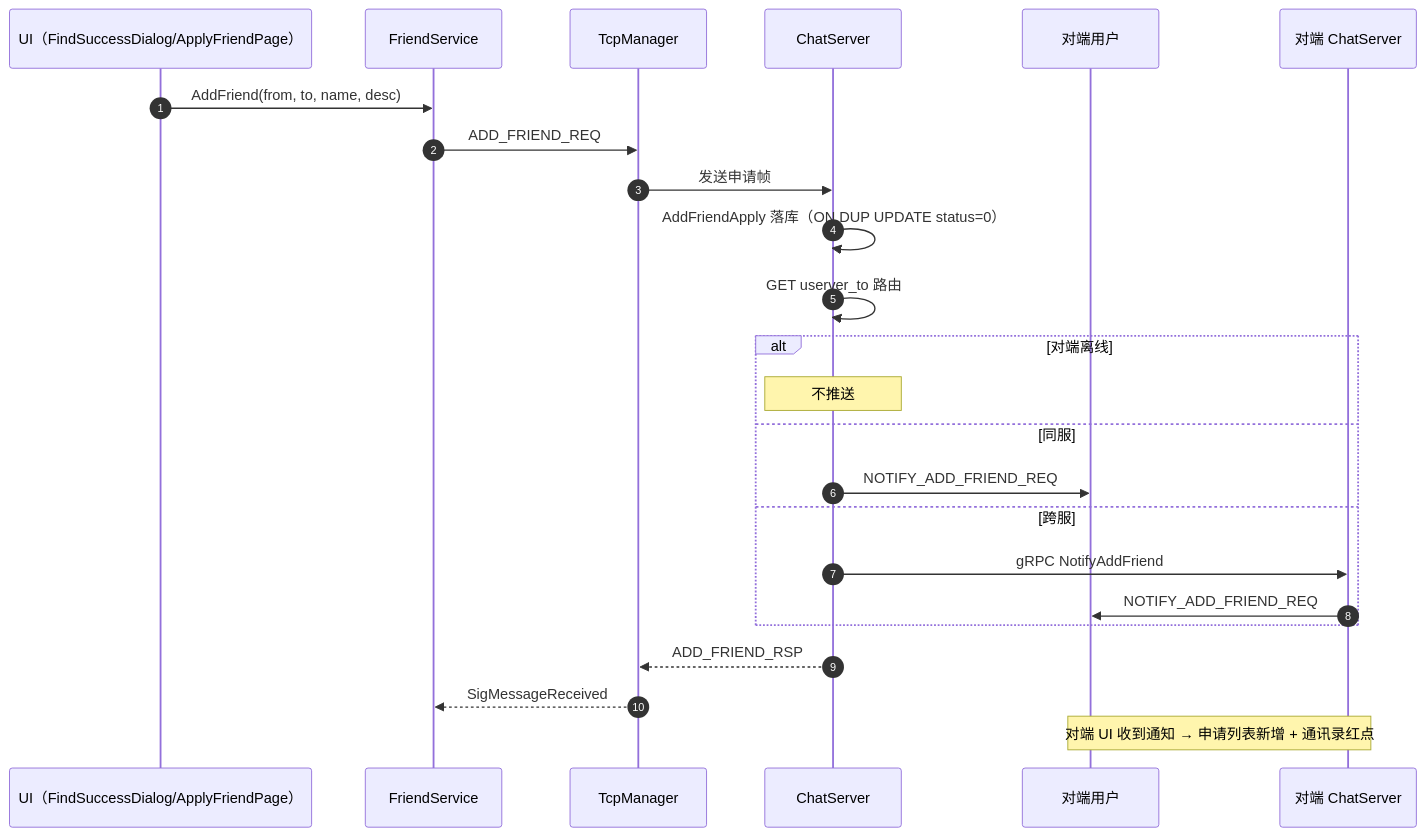
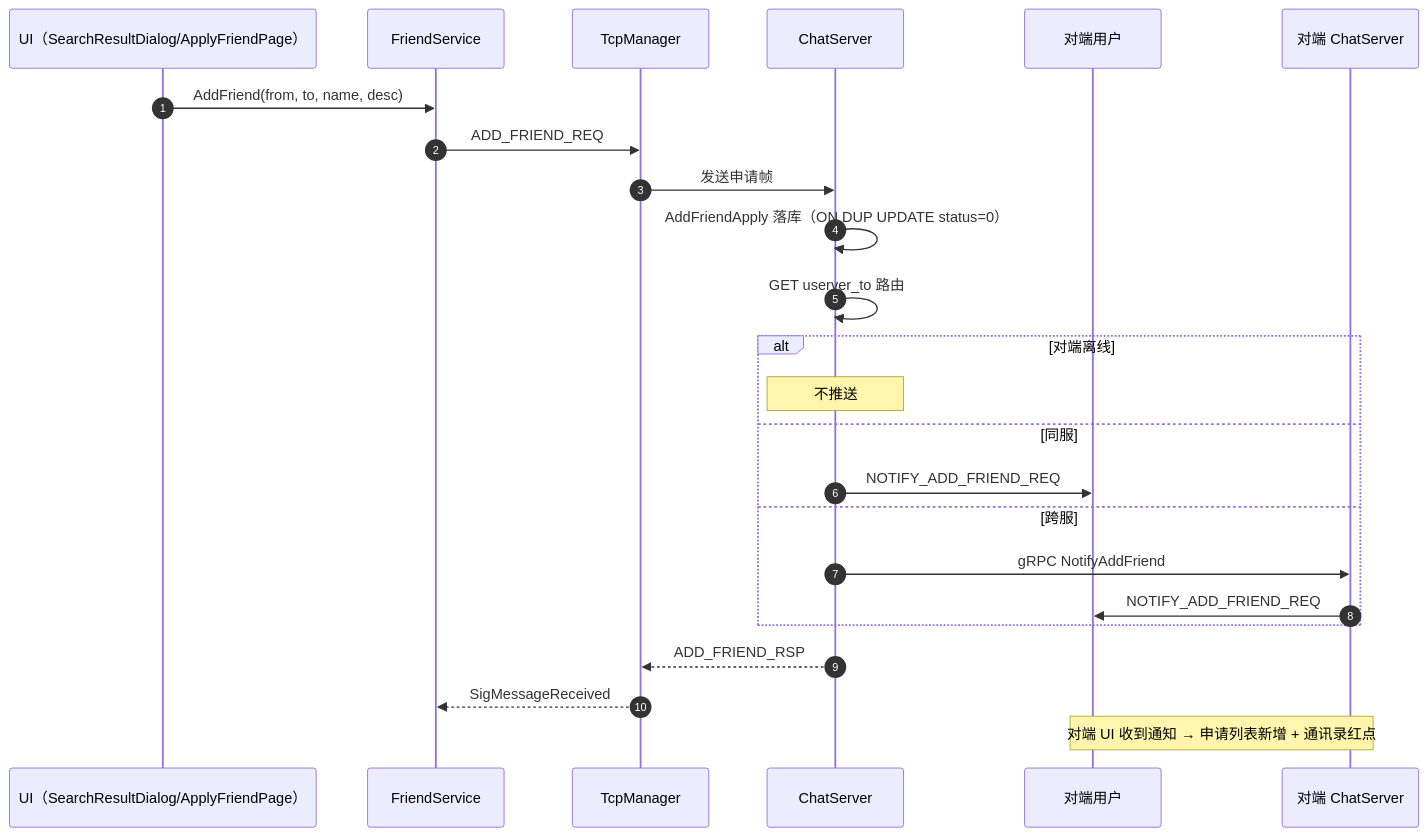
One commit to codeT2001/MyChat changed the sixth of 10 diagrams in Client/README.md. Above: the diagram before and after it, drawn with Mermaid. The commit also changed other lines of this file and 132 other files, not shown here.

````diff
--- a/Client/README.md
+++ b/Client/README.md
@@ -237,27 +237,27 @@
 ```mermaid
 sequenceDiagram
     autonumber
-    participant U as UI（FindSuccessDialog/ApplyFriendPage）
+    participant U as UI（SearchResultDialog/ApplyFriendPage）
     participant F as FriendService
     participant T as TcpManager
     participant C as ChatServer
     participant P as 对端用户
     participant PC as 对端 ChatServer
 
     U->>F: AddFriend(from, to, name, desc)
     F->>T: ADD_FRIEND_REQ
     T->>C: 发送申请帧
     C->>C: AddFriendApply 落库（ON DUP UPDATE status=0）
     C->>C: GET userver_to 路由
     alt 对端离线
         Note over C: 不推送
     else 同服
         C->>P: NOTIFY_ADD_FRIEND_REQ
     else 跨服
         C->>PC: gRPC NotifyAddFriend
         PC->>P: NOTIFY_ADD_FRIEND_REQ
     end
     C-->>T: ADD_FRIEND_RSP
     T-->>F: SigMessageReceived
     Note over P,PC: 对端 UI 收到通知 → 申请列表新增 + 通讯录红点
 ```
````
